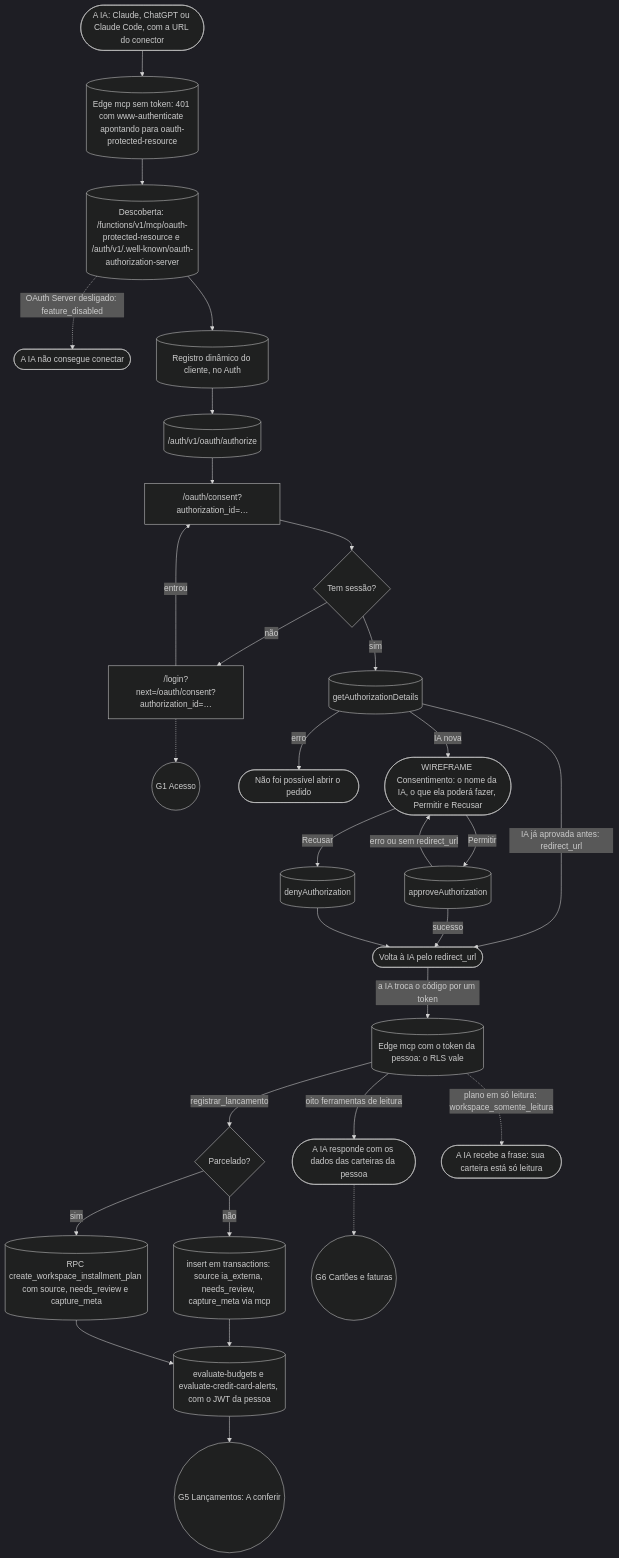
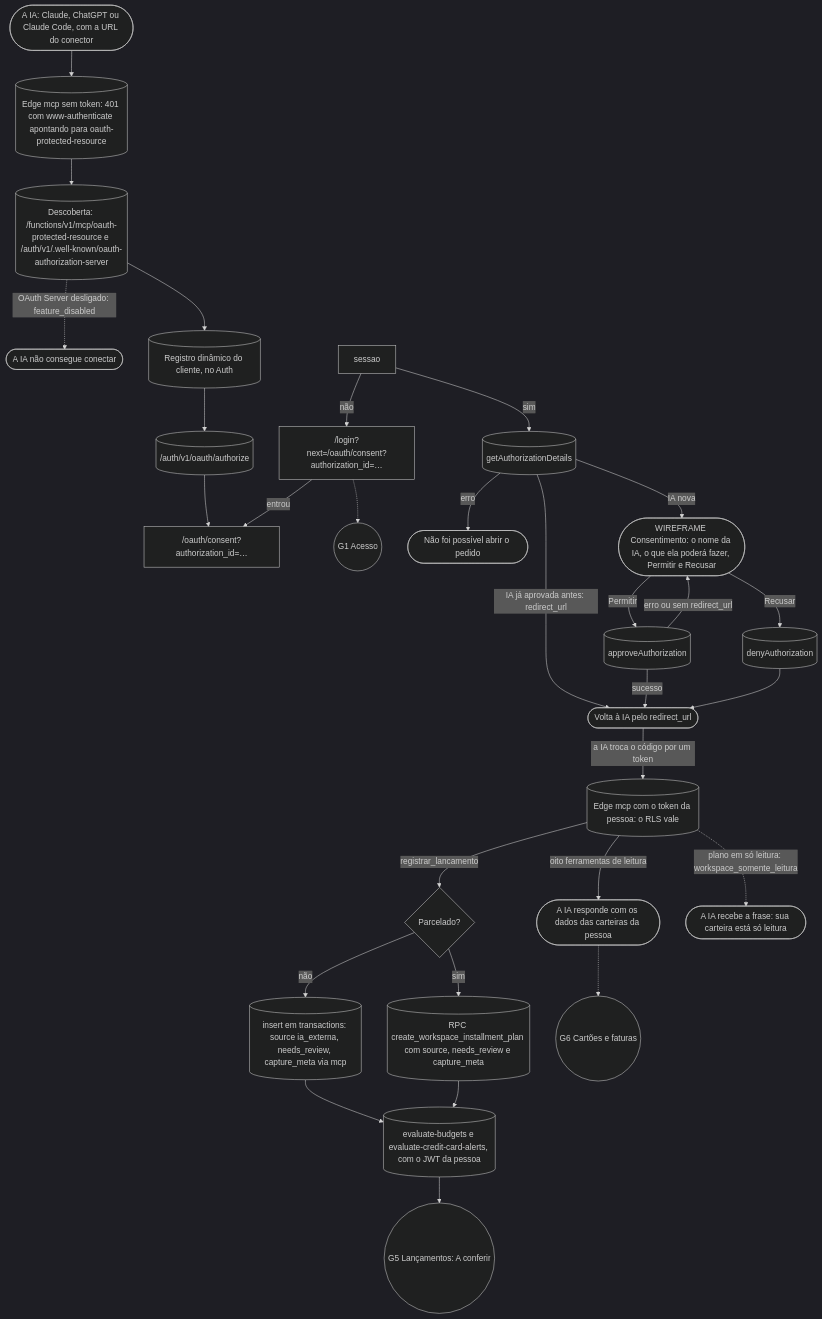
Before and after one commit to kauax2000/finance_app: diagram 31 of 32 in docs/JORNADAS.md, drawn with Mermaid. The commit also changed other lines of this file and 6 other files, not shown here.

````diff
--- a/docs/JORNADAS.md
+++ b/docs/JORNADAS.md
@@ -2087,33 +2082,32 @@
 ```mermaid
 %%{init: {"theme": "dark"}}%%
 flowchart TD
     ia(["A IA: Claude, ChatGPT ou Claude Code, com a URL do conector"]) --> semToken[("Edge mcp sem token: 401 com www-authenticate apontando para oauth-protected-resource")]
     semToken --> descoberta[("Descoberta: /functions/v1/mcp/oauth-protected-resource e /auth/v1/.well-known/oauth-authorization-server")]
     descoberta -.->|"OAuth Server desligado: feature_disabled"| semOauth(["A IA não consegue conectar"])
     descoberta --> registro[("Registro dinâmico do cliente, no Auth")]
     registro --> autorizar[("/auth/v1/oauth/authorize")]
     autorizar --> consent["/oauth/consent?authorization_id=…"]
-    consent --> sessao{"Tem sessão?"}
     sessao -->|"não"| login["/login?next=/oauth/consent?authorization_id=…"]
     login -->|"entrou"| consent
     login -.-> G1(("G1 Acesso"))
     sessao -->|"sim"| detalhes[("getAuthorizationDetails")]
     detalhes -->|"erro"| erroDetalhes(["Não foi possível abrir o pedido"])
     detalhes -->|"IA já aprovada antes: redirect_url"| volta(["Volta à IA pelo redirect_url"])
     detalhes -->|"IA nova"| pergunta(["WIREFRAME Consentimento: o nome da IA, o que ela poderá fazer, Permitir e Recusar"])
     pergunta -->|"Permitir"| aprovar[("approveAuthorization")]
     pergunta -->|"Recusar"| negar[("denyAuthorization")]
     aprovar -->|"erro ou sem redirect_url"| pergunta
     aprovar -->|"sucesso"| volta
     negar --> volta
     volta -->|"a IA troca o código por um token"| chamadas[("Edge mcp com o token da pessoa: o RLS vale")]
     chamadas -->|"oito ferramentas de leitura"| leitura(["A IA responde com os dados das carteiras da pessoa"])
     chamadas -->|"registrar_lancamento"| escrita{"Parcelado?"}
     escrita -->|"não"| insere[("insert em transactions: source ia_externa, needs_review, capture_meta via mcp")]
     escrita -->|"sim"| plano[("RPC create_workspace_installment_plan com source, needs_review e capture_meta")]
     insere --> avalia[("evaluate-budgets e evaluate-credit-card-alerts, com o JWT da pessoa")]
     plano --> avalia
     avalia --> G5(("G5 Lançamentos: A conferir"))
     chamadas -.->|"plano em só leitura: workspace_somente_leitura"| barrado(["A IA recebe a frase: sua carteira está só leitura"])
     leitura -.-> G6(("G6 Cartões e faturas"))
 ```
````
